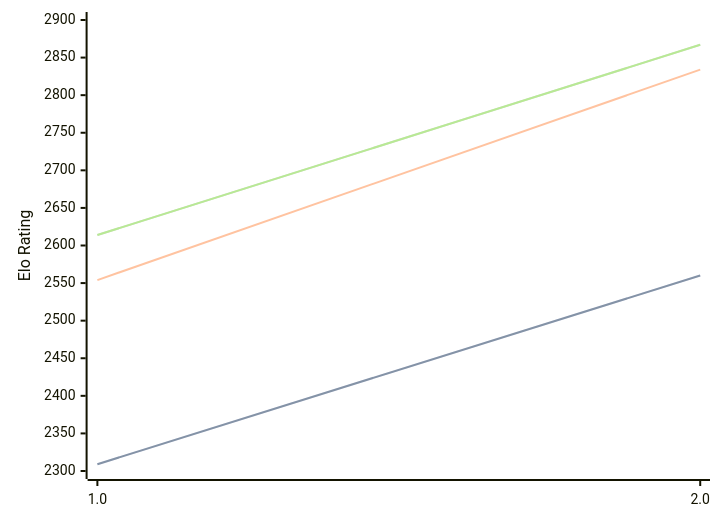
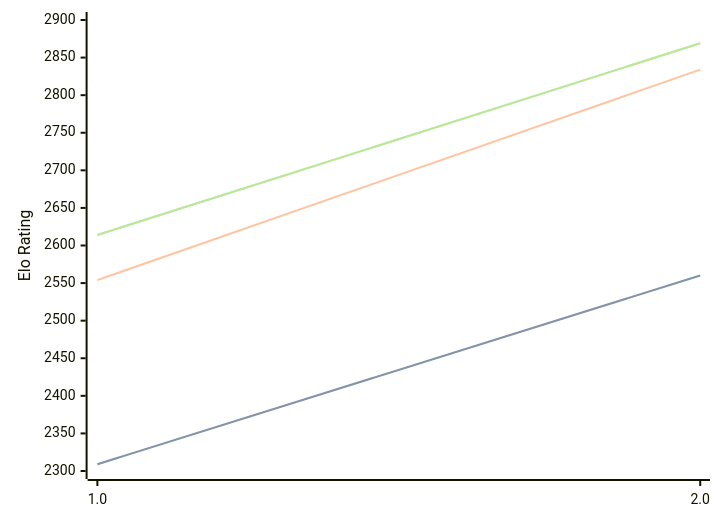
Before and after one commit to computer-chess-index/cci: the diagram in engines/Revolver.md, drawn with Mermaid. The commit also changed other lines of this file, not shown here.

Commit message:
Update CCI Ratings (ELO VLTC) - 2026-05-15

````diff
--- a/engines/Revolver.md
+++ b/engines/Revolver.md
@@ -32,11 +32,11 @@
 ```mermaid
 %%{init: {"theme":"base","themeVariables":{"seriesColors:['#a3a3a3','#222221','#faa371']}}}%%
 xychart-beta
   x-axis ["1.0", "2.0"]
   y-axis "Elo Rating" 2300 --> 2900
   line "STC (8.0+0.08s)" [2309, 2560]
   line "STC (8.0+0.08s)" [2309, 2560]
   line "LTC (60.0+0.60s)" [2554, 2834]
-  line "VLTC (2m24s+1.12s)" [2614, 2867]
-  line "VLTC (2m24s+1.12s)" [2614, 2867]
+  line "VLTC (2m24s+1.12s)" [2614, 2869]
+  line "VLTC (2m24s+1.12s)" [2614, 2869]
 ```
````
